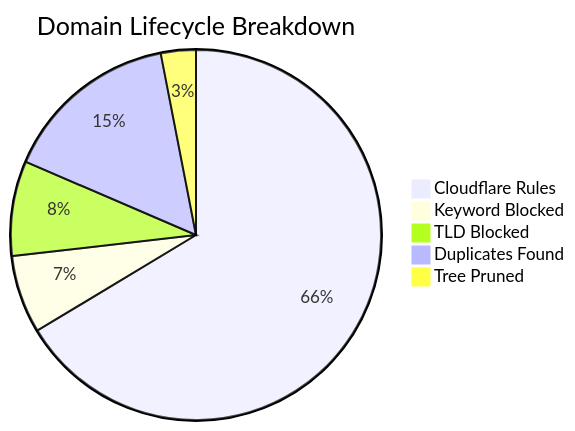
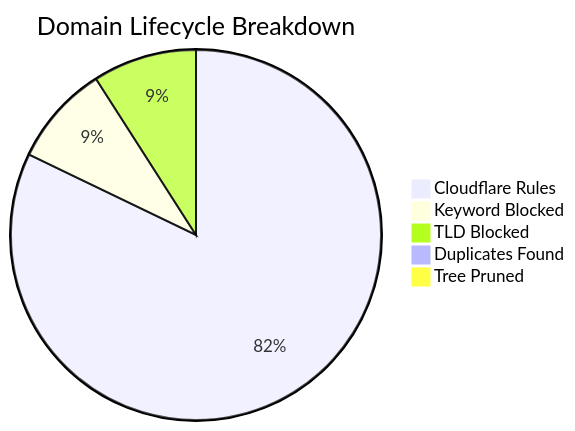
Before and after one commit to brojangles24/Cloudflare-ZeroTrust-AdBlock: the diagram in README_STATS.md, drawn with Mermaid. The commit also changed other lines of this file and 1 other file, not shown here.

````diff
--- a/README_STATS.md
+++ b/README_STATS.md
@@ -5,8 +5,8 @@
 ```mermaid
 pie title Domain Lifecycle Breakdown
-    "Cloudflare Rules" : 267195
-    "Keyword Blocked" : 27427
-    "TLD Blocked" : 33323
-    "Duplicates Found" : 62326
-    "Tree Pruned" : 12303
+    "Cloudflare Rules" : 252959
+    "Keyword Blocked" : 27068
+    "TLD Blocked" : 27908
+    "Duplicates Found" : 753
+    "Tree Pruned" : 1048
 ```
````
